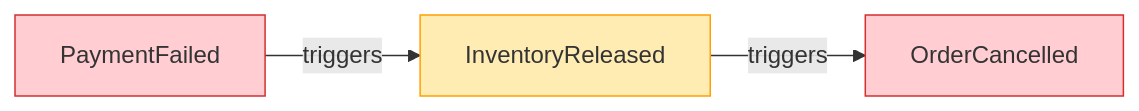
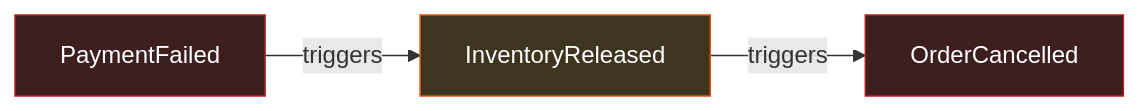
The sixth of 6 diagrams in docs/messaging/sagas.md (dlrivada/Encina), drawn with Mermaid before and after one commit. The commit also changed other lines of this file and 6 other files, not shown here.

First line of the commit message:
docs: replace hardcoded light-mode Mermaid colors with dark equivalents

````diff
--- a/docs/messaging/sagas.md
+++ b/docs/messaging/sagas.md
@@ -279,9 +279,9 @@
 ```mermaid
 flowchart LR
     PF[PaymentFailed] -->|triggers| IR[InventoryReleased]
     IR -->|triggers| OC[OrderCancelled]
 
-    style PF fill:#FFCDD2,stroke:#D32F2F
-    style IR fill:#FFECB3,stroke:#FFA000
-    style OC fill:#FFCDD2,stroke:#D32F2F
+    style PF fill:#3d1f1f,stroke:#b71c1c,color:#fff
+    style IR fill:#3d3520,stroke:#e65100,color:#fff
+    style OC fill:#3d1f1f,stroke:#b71c1c,color:#fff
 ```
````
